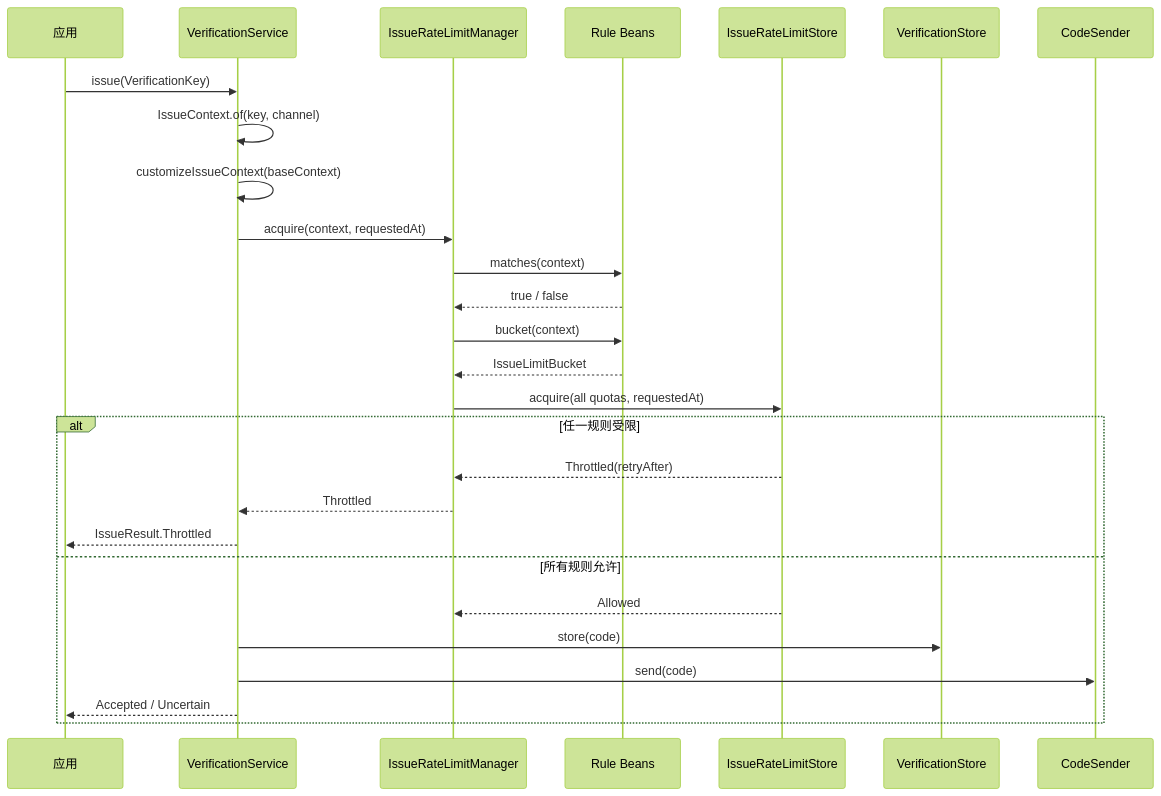
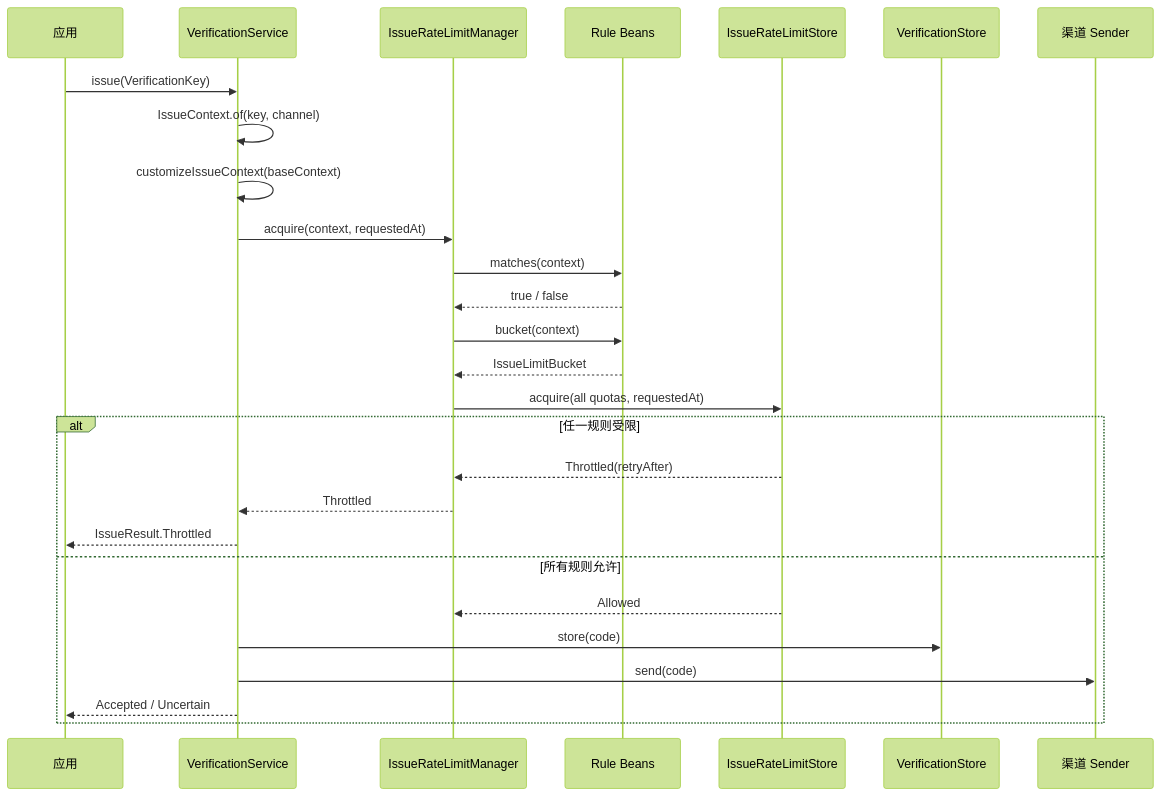
One commit to RingoTangs/ringo-boot changed the second of 2 diagrams in ringo-boot-verification/src/main/java/io/github/ringotangs/ringoboot/verification/limit/README.md. Above: the diagram before and after it, drawn with Mermaid (forest theme). The commit also changed 14 other files, not shown here.

Commit message:
refactor: Remove CodeDelivery and CodeSender interfaces, update related classes and tests for improved clarity and functionality

````diff
--- a/ringo-boot-verification/src/main/java/io/github/ringotangs/ringoboot/verification/limit/README.md
+++ b/ringo-boot-verification/src/main/java/io/github/ringotangs/ringoboot/verification/limit/README.md
@@ -195,30 +195,30 @@
 ```mermaid
 sequenceDiagram
     participant App as 应用
     participant Service as VerificationService
     participant Manager as IssueRateLimitManager
     participant Rule as Rule Beans
     participant LimitStore as IssueRateLimitStore
     participant CodeStore as VerificationStore
-    participant Sender as CodeSender
+    participant Sender as 渠道 Sender
 
     App->>Service: issue(VerificationKey)
     Service->>Service: IssueContext.of(key, channel)
     Service->>Service: customizeIssueContext(baseContext)
     Service->>Manager: acquire(context, requestedAt)
     Manager->>Rule: matches(context)
     Rule-->>Manager: true / false
     Manager->>Rule: bucket(context)
     Rule-->>Manager: IssueLimitBucket
     Manager->>LimitStore: acquire(all quotas, requestedAt)
     alt 任一规则受限
         LimitStore-->>Manager: Throttled(retryAfter)
         Manager-->>Service: Throttled
         Service-->>App: IssueResult.Throttled
     else 所有规则允许
         LimitStore-->>Manager: Allowed
         Service->>CodeStore: store(code)
         Service->>Sender: send(code)
         Service-->>App: Accepted / Uncertain
     end
 ```
````
